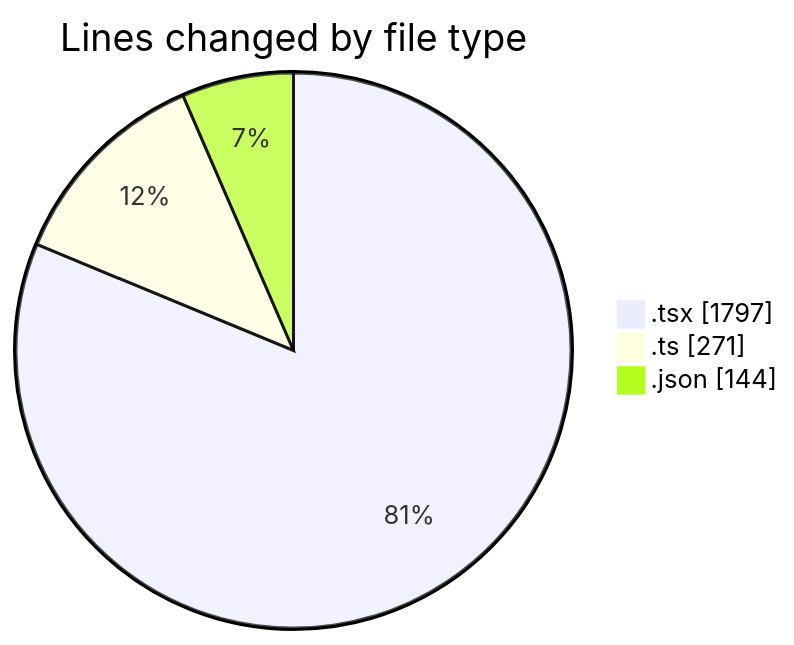
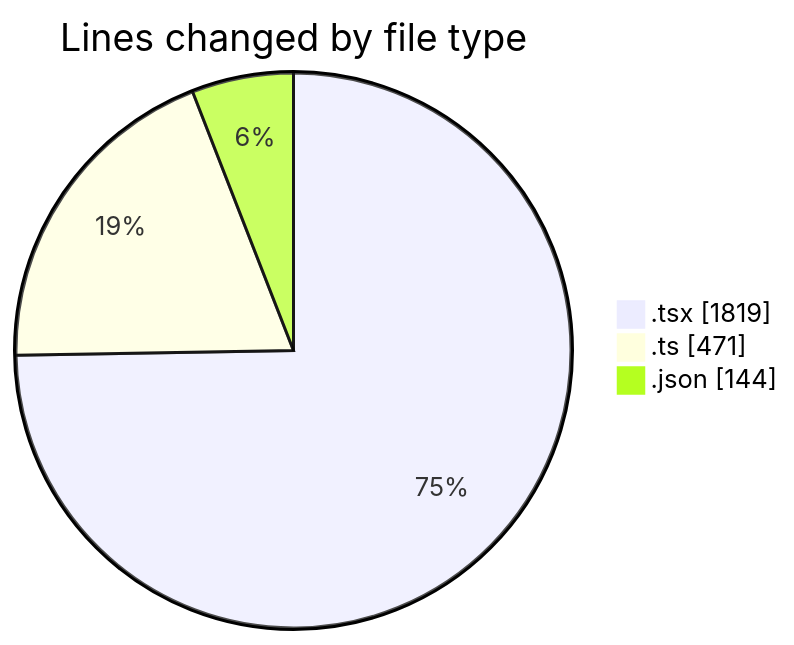
One commit to robertbonfada/code-tracking changed the first of 2 diagrams in 2025-02-18/mbc-web/README.md. Above: the diagram before and after it, drawn with Mermaid. The commit also changed other lines of this file and 1 other file, not shown here.

````diff
--- a/2025-02-18/mbc-web/README.md
+++ b/2025-02-18/mbc-web/README.md
@@ -32,7 +33,7 @@
 ```mermaid
 pie showData
 title Lines changed by file type
-".tsx" : 1797
-".ts" : 271
+".tsx" : 1819
+".ts" : 471
 ".json" : 144
 ```
````
